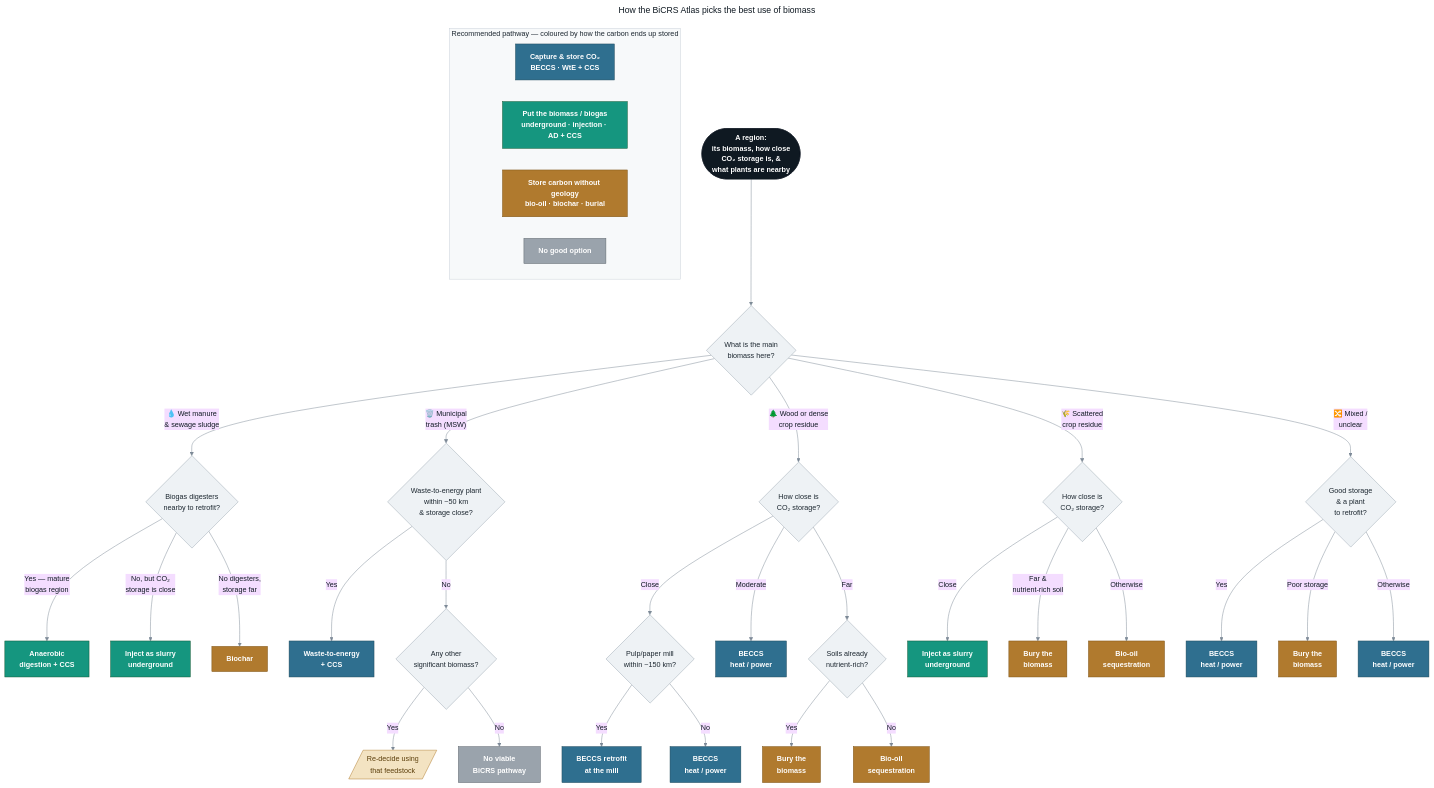
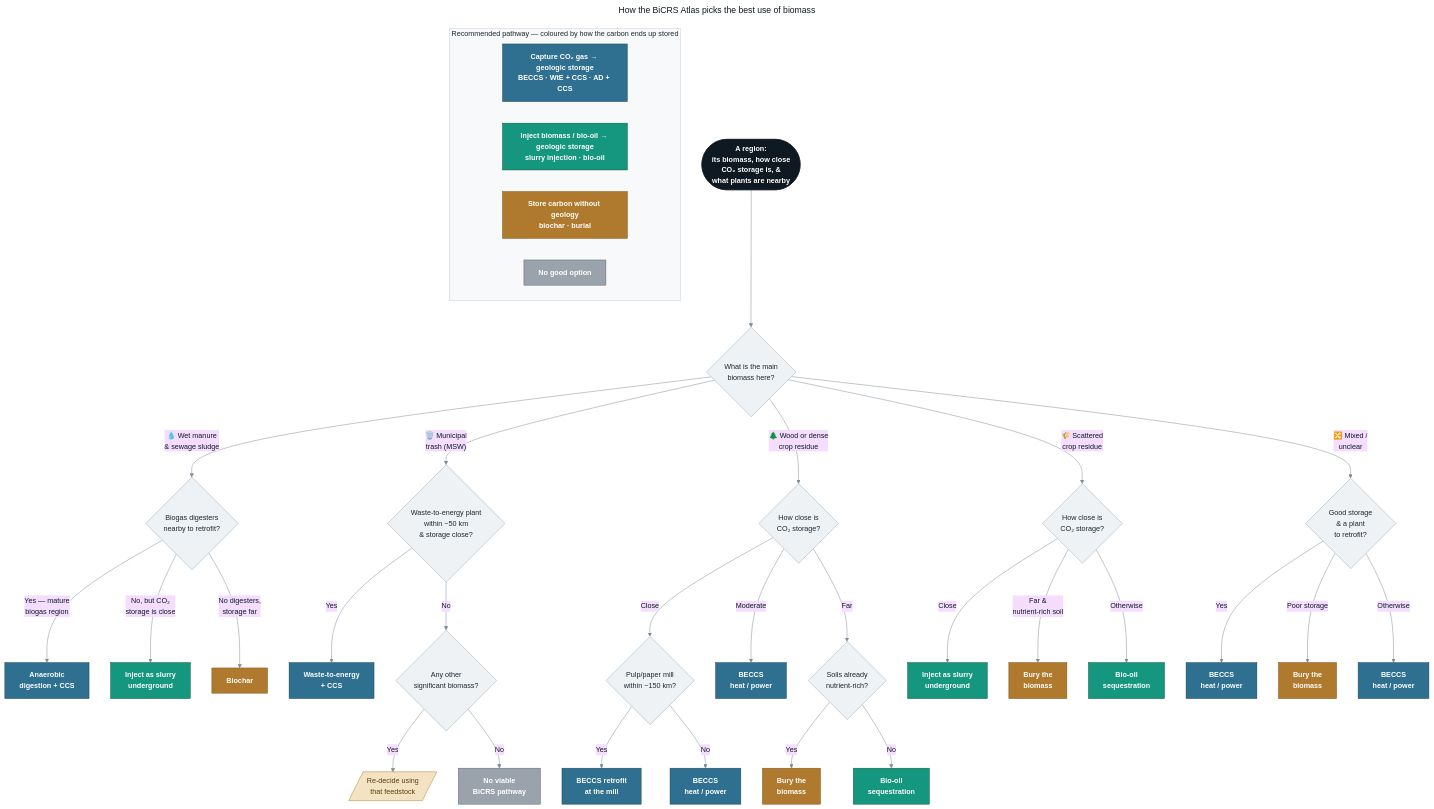
One commit to hausfath/biomass_map changed the diagram in docs/recommendation_flowchart.mmd. Above: the diagram before and after it, drawn with Mermaid. The commit also changed 1 other file, not shown here.

Commit message:
Flowchart: group AD+CCS with BECCS (gaseous CO2 -> geologic storage)
AD+CCS captures the gaseous CO2 from biogas upgrading and stores it
underground, like BECCS and WtE+CCS, so it belongs in the "capture CO2 gas"
group, not with slurry/biomass injection. Also moved bio-oil into the
"inject biomass/bio-oil -> geologic storage" group (it injects the
biomass-derived liquid into formations), leaving biochar + burial as the
only truly non-geologic pathways. Legend updated to match.

```diff
--- a/docs/recommendation_flowchart.mmd
+++ b/docs/recommendation_flowchart.mmd
@@ -1,82 +1,82 @@
 ---
 title: "How the BiCRS Atlas picks the best use of biomass"
 config:
   theme: base
   flowchart:
     curve: basis
     nodeSpacing: 45
     rankSpacing: 55
   themeVariables:
     fontFamily: "Helvetica, Arial, sans-serif"
     fontSize: "15px"
     lineColor: "#7d8a97"
     primaryTextColor: "#0f1922"
 ---
 flowchart TD
     Start([A region:<br/>its biomass, how close<br/>CO₂ storage is, &<br/>what plants are nearby]) --> DOM{What is the main<br/>biomass here?}
 
     %% ---------- WET ----------
     DOM -->|"💧 Wet manure<br/>& sewage sludge"| M{Biogas digesters<br/>nearby to retrofit?}
     M -->|Yes — mature<br/>biogas region| Mad["Anaerobic<br/>digestion + CCS"]
     M -->|"No, but CO₂<br/>storage is close"| Minj["Inject as slurry<br/>underground"]
     M -->|"No digesters,<br/>storage far"| Mbio["Biochar"]
 
     %% ---------- MSW ----------
     DOM -->|"🗑️ Municipal<br/>trash (MSW)"| W{Waste-to-energy plant<br/>within ~50 km<br/>& storage close?}
     W -->|Yes| Wwte["Waste-to-energy<br/>+ CCS"]
     W -->|No| Wsec{Any other<br/>significant biomass?}
     Wsec -->|Yes| Wre[/"Re-decide using<br/>that feedstock"/]
     Wsec -->|No| Wnone["No viable<br/>BiCRS pathway"]
 
     %% ---------- WOODY / DENSE DRY ----------
     DOM -->|"🌲 Wood or dense<br/>crop residue"| C{How close is<br/>CO₂ storage?}
     C -->|Close| Cmill{Pulp/paper mill<br/>within ~150 km?}
     Cmill -->|Yes| Cpp["BECCS retrofit<br/>at the mill"]
     Cmill -->|No| Cbe["BECCS<br/>heat / power"]
     C -->|Moderate| Cbe2["BECCS<br/>heat / power"]
     C -->|Far| Cpoor{Soils already<br/>nutrient-rich?}
     Cpoor -->|Yes| Cbur["Bury the<br/>biomass"]
     Cpoor -->|No| Cbo["Bio-oil<br/>sequestration"]
 
     %% ---------- DIFFUSE DRY ----------
     DOM -->|"🌾 Scattered<br/>crop residue"| D{How close is<br/>CO₂ storage?}
     D -->|Close| Dinj["Inject as slurry<br/>underground"]
     D -->|"Far &<br/>nutrient-rich soil"| Dbur["Bury the<br/>biomass"]
     D -->|Otherwise| Dbo["Bio-oil<br/>sequestration"]
 
     %% ---------- MIXED ----------
     DOM -->|"🔀 Mixed /<br/>unclear"| F{Good storage<br/>& a plant<br/>to retrofit?}
     F -->|Yes| Fbe["BECCS<br/>heat / power"]
     F -->|Poor storage| Fbur["Bury the<br/>biomass"]
     F -->|Otherwise| Fbe2["BECCS<br/>heat / power"]
 
     %% ---------- legend ----------
     subgraph Legend["Recommended pathway — coloured by how the carbon ends up stored"]
         direction LR
-        L1["Capture & store CO₂<br/>BECCS · WtE + CCS"]
-        L2["Put the biomass / biogas<br/>underground · injection · AD + CCS"]
-        L3["Store carbon without geology<br/>bio-oil · biochar · burial"]
+        L1["Capture CO₂ gas → geologic storage<br/>BECCS · WtE + CCS · AD + CCS"]
+        L2["Inject biomass / bio-oil → geologic storage<br/>slurry injection · bio-oil"]
+        L3["Store carbon without geology<br/>biochar · burial"]
         L4["No good option"]
     end
 
     %% ---------- styles ----------
     classDef start fill:#0f1922,stroke:#0f1922,color:#ffffff,font-weight:bold;
     classDef q fill:#eef2f5,stroke:#9aa7b2,color:#1c2730;
     classDef geo fill:#2f6f8f,stroke:#1d4859,color:#ffffff,font-weight:bold;
     classDef inj fill:#15967f,stroke:#0d5530,color:#ffffff,font-weight:bold;
     classDef store fill:#b07a2e,stroke:#7a5012,color:#ffffff,font-weight:bold;
     classDef none fill:#9aa3ac,stroke:#5b636b,color:#ffffff,font-weight:bold;
     classDef reroute fill:#f3e3c2,stroke:#b07a2e,color:#5a3d0a;
 
     class Start start;
     class DOM,M,W,Wsec,C,Cmill,Cpoor,D,F q;
-    class Cpp,Cbe,Cbe2,Fbe,Fbe2,Wwte geo;
-    class Mad,Minj,Dinj inj;
-    class Mbio,Cbur,Cbo,Dbur,Dbo,Fbur store;
+    class Cpp,Cbe,Cbe2,Fbe,Fbe2,Wwte,Mad geo;
+    class Minj,Dinj,Cbo,Dbo inj;
+    class Mbio,Cbur,Dbur,Fbur store;
     class Wnone none;
     class Wre reroute;
     class L1 geo;
     class L2 inj;
     class L3 store;
     class L4 none;
     style Legend fill:#f7f9fa,stroke:#c7d0d8,color:#1c2730;
```
